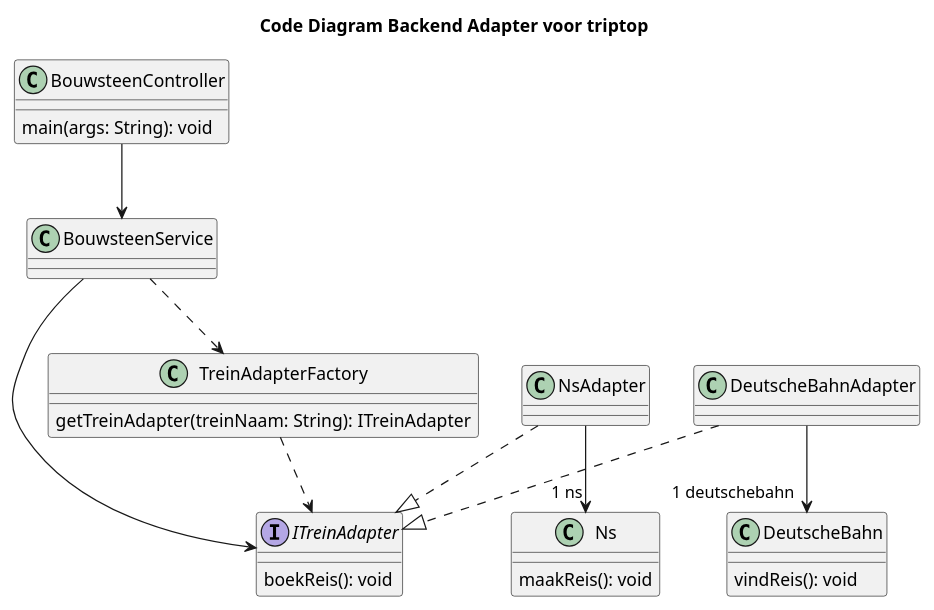
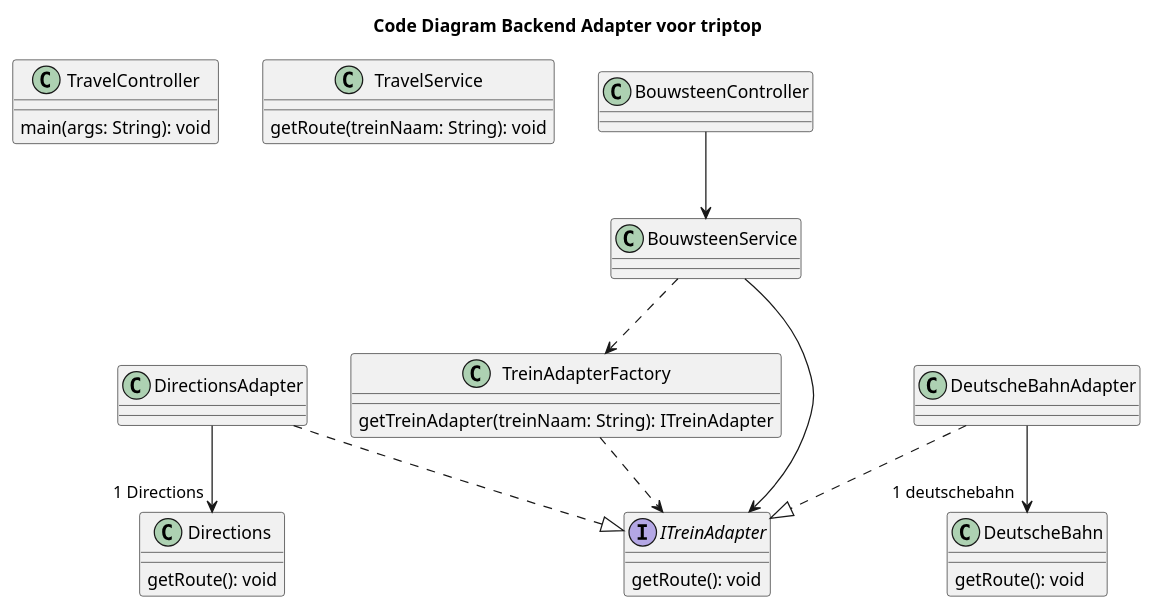
The diagram in Mijn Bijdrage/Diagrammen/class_code/ClassDIagram.puml (AIM-ENE-feb25/triptop-groep-tweeeeeeeeeeeeeeeeeeeeee), drawn with PlantUML before and after one commit. The commit also changed 1 other file, not shown here.

```diff
--- a/Mijn Bijdrage/Diagrammen/class_code/ClassDIagram.puml
+++ b/Mijn Bijdrage/Diagrammen/class_code/ClassDIagram.puml
@@ -1,39 +1,41 @@
 @startuml
 'https://plantuml.com/class-diagram
 title Code Diagram Backend Adapter voor triptop
 
-class BouwsteenController{
+class TravelController{
     main(args: String): void
 }
-class BouwsteenService{}
+class TravelService{
+    getRoute(treinNaam: String): void
+}
 class TreinAdapterFactory
 {
     getTreinAdapter(treinNaam: String): ITreinAdapter
 }
-class Ns
+class Directions
 {
-   maakReis(): void
+   getRoute(): void
 }
 class DeutscheBahn
 {
-   vindReis(): void
+   getRoute(): void
 }
 interface ITreinAdapter{
-   boekReis(): void
+   getRoute(): void
 }
-class NsAdapter{
+class DirectionsAdapter{
 
 }
 class DeutscheBahnAdapter{
 
 }
 
 BouwsteenController --> BouwsteenService
 BouwsteenService --> ITreinAdapter
 BouwsteenService ..> TreinAdapterFactory
-NsAdapter..|> ITreinAdapter
+DirectionsAdapter..|> ITreinAdapter
 DeutscheBahnAdapter ..|> ITreinAdapter
-NsAdapter -->  "1 ns" Ns
+DirectionsAdapter -->  "1 Directions" Directions
 DeutscheBahnAdapter --> "1 deutschebahn"DeutscheBahn
 TreinAdapterFactory ..> ITreinAdapter
 @enduml
```
